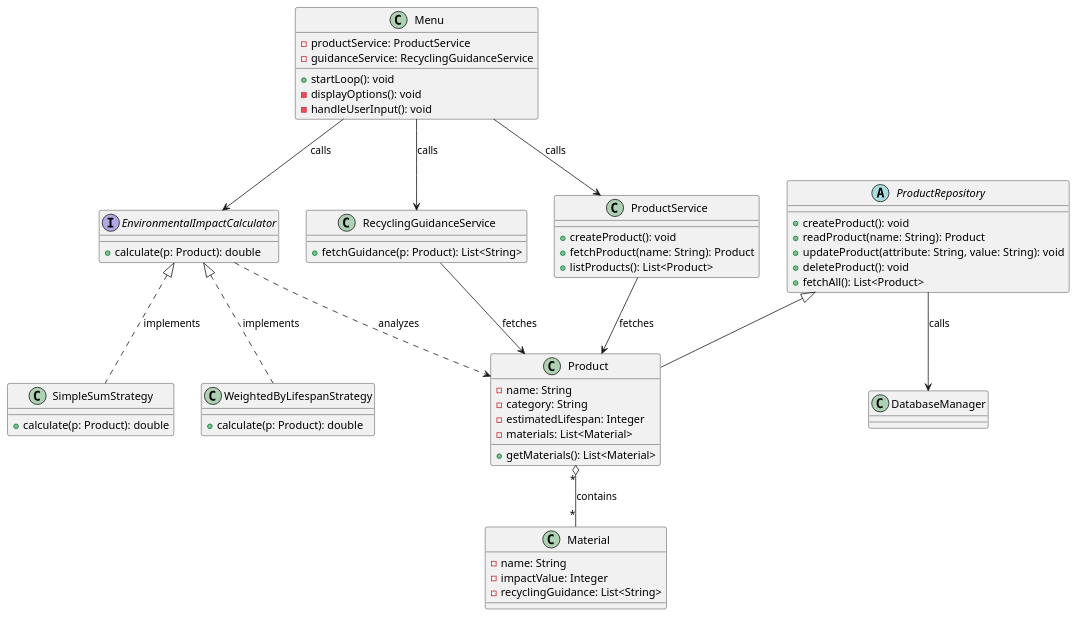
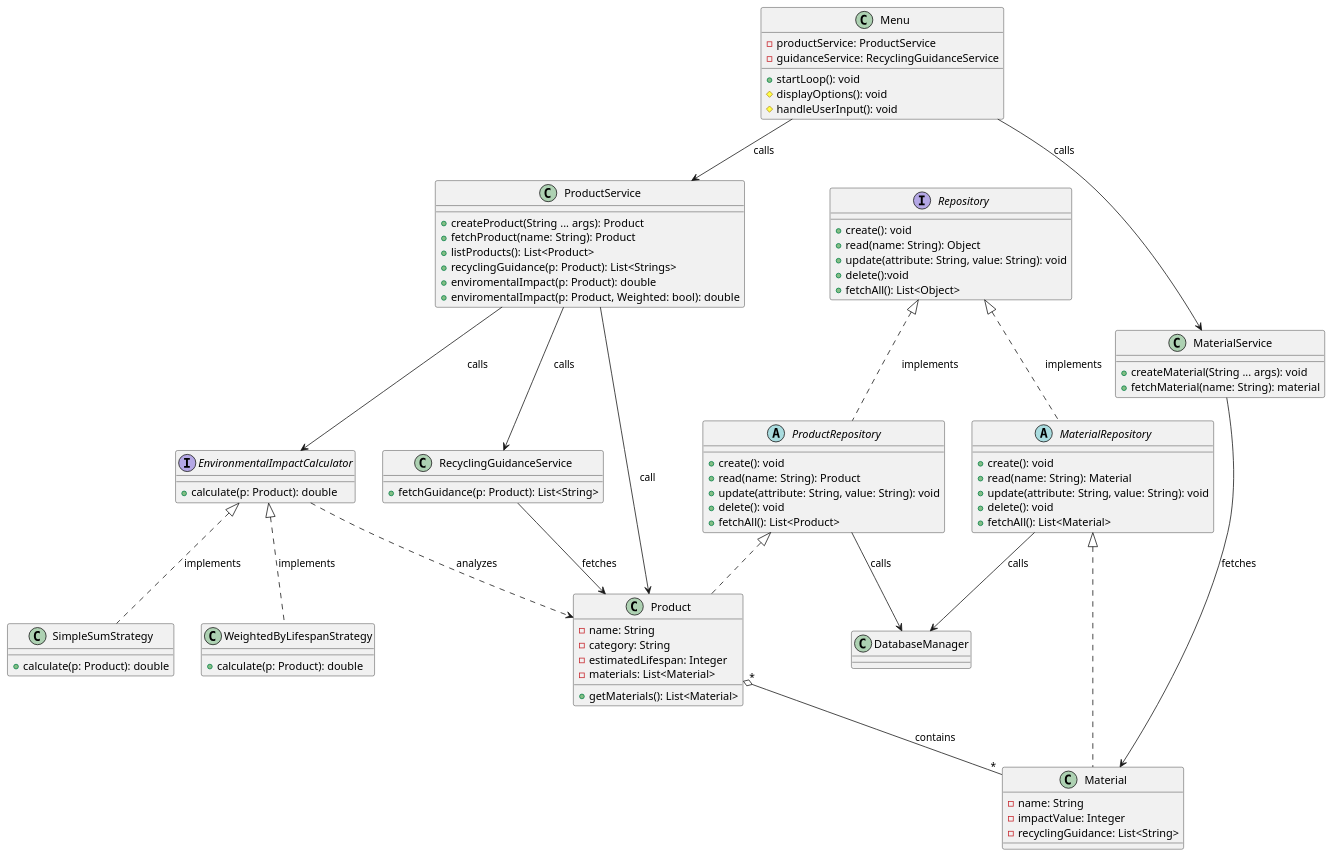
One commit to E11io77/OOD-project changed the diagram in dev-requirements.md. Above: the diagram before and after it, drawn with PlantUML.

Commit message:
updated the UML diagram to the version from which to create the skeleton

````diff
--- a/dev-requirements.md
+++ b/dev-requirements.md
@@ -97,14 +97,22 @@
   - productService: ProductService
   - guidanceService: RecyclingGuidanceService
   + startLoop(): void
-  - displayOptions(): void
-  - handleUserInput(): void
+  # displayOptions(): void
+  # handleUserInput(): void
 }
 
 class ProductService {
-  + createProduct(): void
+  + createProduct(String ... args): Product
   + fetchProduct(name: String): Product
   + listProducts(): List<Product>
+  + recyclingGuidance(p: Product): List<Strings>
+  + enviromentalImpact(p: Product): double
+  + enviromentalImpact(p: Product, Weighted: bool): double
+}
+
+class MaterialService {
+  + createMaterial(String ... args): void
+  + fetchMaterial(name: String): material
 }
 
 interface EnvironmentalImpactCalculator {
@@ -119,7 +127,7 @@
   + calculate(p: Product): double
 }
 
-class Product extends ProductRepository {
+class Product implements ProductRepository{
   - name: String
   - category: String
   - estimatedLifespan: Integer
@@ -127,7 +135,7 @@
   + getMaterials(): List<Material>
 }
 
-class Material {
+class Material implements MaterialRepository{
   - name: String
   - impactValue: Integer
   - recyclingGuidance: List<String>
@@ -137,12 +145,28 @@
   + fetchGuidance(p: Product): List<String>
 }
 
+interface Repository {
+  + create(): void
+  + read(name: String): Object
+  + update(attribute: String, value: String): void
+  + delete():void
+  + fetchAll(): List<Object>
+}
+
 abstract class ProductRepository {
-  + createProduct(): void
-  + readProduct(name: String): Product
-  + updateProduct(attribute: String, value: String): void
-  + deleteProduct(): void
+  + create(): void
+  + read(name: String): Product
+  + update(attribute: String, value: String): void
+  + delete(): void
   + fetchAll(): List<Product>
+}
+
+abstract class MaterialRepository {
+  + create(): void
+  + read(name: String): Material
+  + update(attribute: String, value: String): void
+  + delete(): void
+  + fetchAll(): List<Material>
 }
 
 class DatabaseManager {
@@ -151,10 +175,14 @@
 
 
 Menu --> ProductService : calls
-Menu --> RecyclingGuidanceService : calls
-Menu --> EnvironmentalImpactCalculator : calls
+Menu --> MaterialService : calls
 
-ProductService --> Product : fetches
+ProductService --> Product : call
+ProductService --> RecyclingGuidanceService : calls
+ProductService --> EnvironmentalImpactCalculator : calls
+
+MaterialService --> Material : fetches
+
 RecyclingGuidanceService --> Product : fetches
 
 EnvironmentalImpactCalculator <|.. SimpleSumStrategy : implements
@@ -162,8 +190,12 @@
 
 EnvironmentalImpactCalculator ..> Product : analyzes
 
+Repository <|.. ProductRepository : implements
+Repository <|.. MaterialRepository : implements
+
 Product "*" o-- "*" Material : contains
 
+MaterialRepository --> DatabaseManager : calls
 ProductRepository --> DatabaseManager : calls
 @enduml
 ```
````
